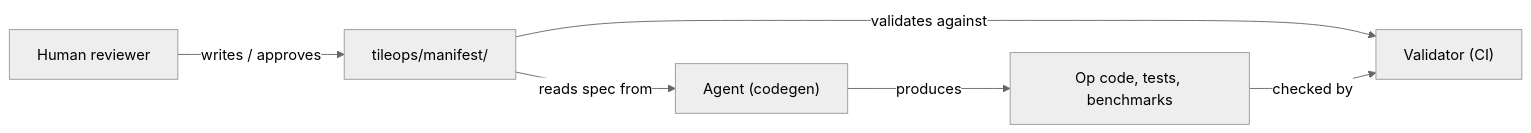
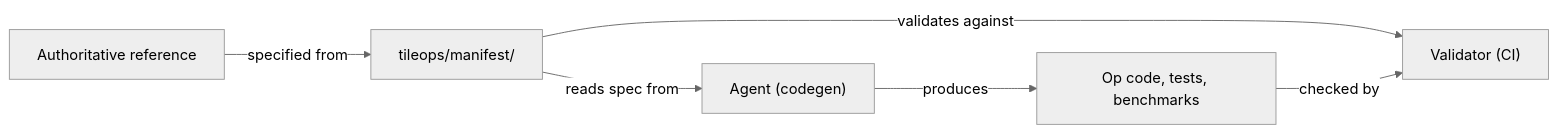
One commit to tile-ai/TileOPs changed the diagram in docs/design/manifest.md. Above: the diagram before and after it, drawn with Mermaid (neutral theme). The commit also changed 123 other files, not shown here.

````diff
--- a/docs/design/manifest.md
+++ b/docs/design/manifest.md
@@ -15,8 +15,8 @@
 ```mermaid
 flowchart LR
-    H["Human reviewer"] -->|writes / approves| M["tileops/manifest/"]
+    R["Authoritative reference"] -->|specified from| M["tileops/manifest/"]
     M -->|reads spec from| A["Agent (codegen)"]
     A -->|produces| C["Op code, tests, benchmarks"]
     M -->|validates against| V["Validator (CI)"]
     C -->|checked by| V
 ```
````
